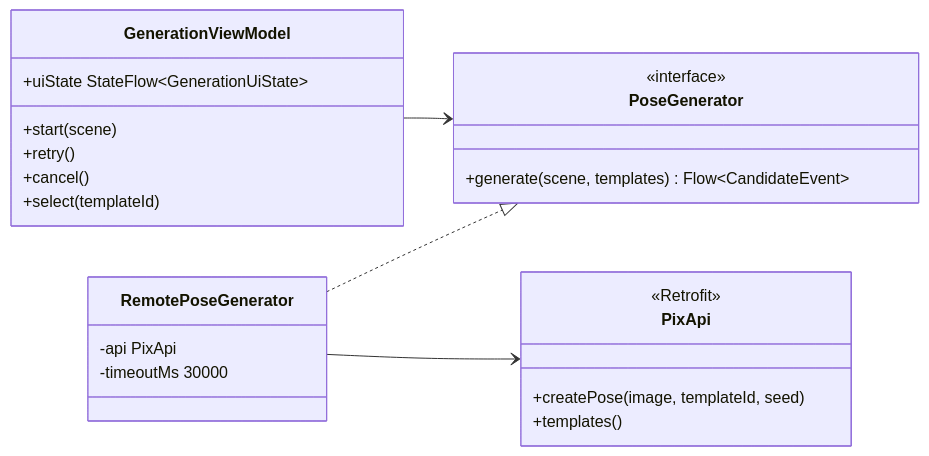
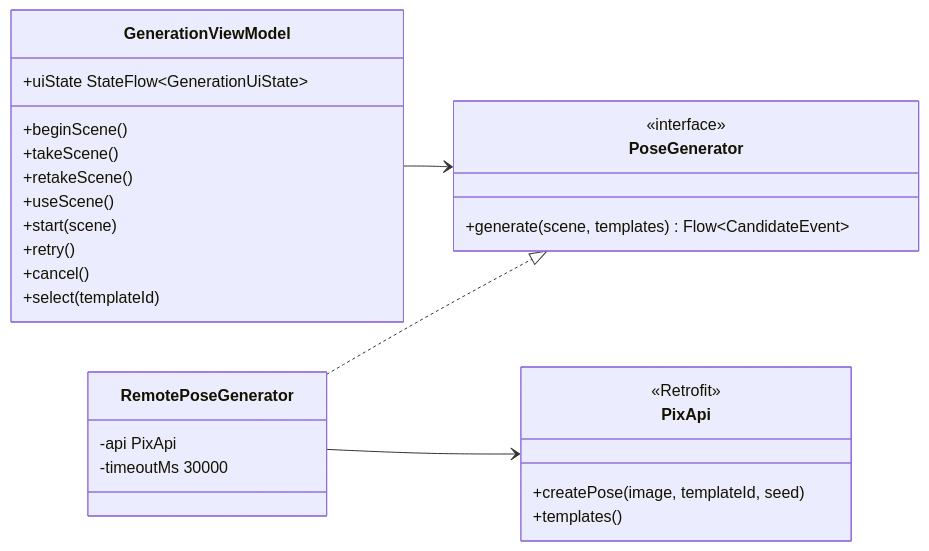
The sixth of 7 diagrams in wiki/Design-Documentation.md (snuhcs-course/swpp-2026-project-team-10), drawn with Mermaid before and after one commit. The commit also changed other lines of this file and 28 other files, not shown here.

First line of the commit message:
Add the pose generation flow

````diff
--- a/wiki/Design-Documentation.md
+++ b/wiki/Design-Documentation.md
@@ -424,27 +425,31 @@
 ```mermaid
 classDiagram
   direction LR
   class GenerationViewModel {
     +uiState StateFlow~GenerationUiState~
+    +beginScene()
+    +takeScene()
+    +retakeScene()
+    +useScene()
     +start(scene)
     +retry()
     +cancel()
     +select(templateId)
   }
   class PoseGenerator {
     <<interface>>
     +generate(scene, templates) Flow~CandidateEvent~
   }
   class RemotePoseGenerator {
     -api PixApi
     -timeoutMs 30000
   }
   class PixApi {
     <<Retrofit>>
     +createPose(image, templateId, seed)
     +templates()
   }
   GenerationViewModel --> PoseGenerator
   RemotePoseGenerator ..|> PoseGenerator
   RemotePoseGenerator --> PixApi
 ```
````
